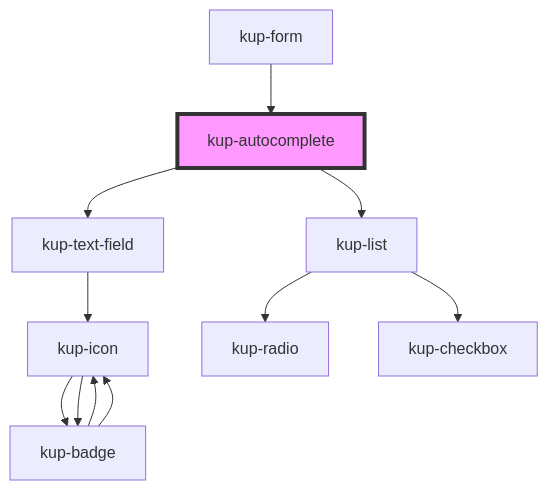
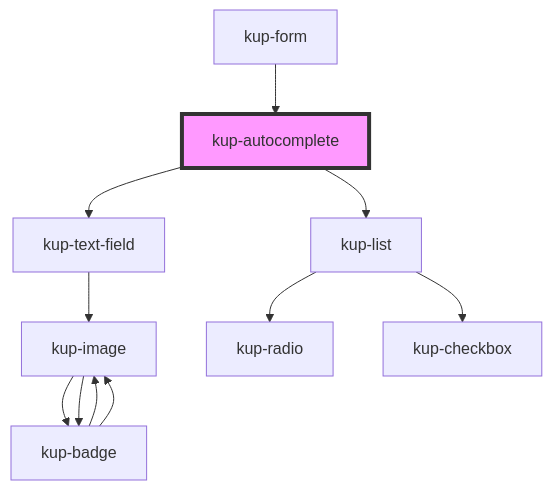
The diagram in packages/ketchup/src/components/kup-autocomplete/readme.md (smeup/ketchup), drawn with Mermaid before and after one commit. The commit also changed 58 other files, not shown here.

Commit message:
Renamed kup-icon to kup-image.

````diff
--- a/packages/ketchup/src/components/kup-autocomplete/readme.md
+++ b/packages/ketchup/src/components/kup-autocomplete/readme.md
@@ -47,14 +47,14 @@
 ```mermaid
 graph TD;
   kup-autocomplete --> kup-text-field
   kup-autocomplete --> kup-list
-  kup-text-field --> kup-icon
-  kup-icon --> kup-badge
-  kup-icon --> kup-badge
-  kup-badge --> kup-icon
-  kup-badge --> kup-icon
+  kup-text-field --> kup-image
+  kup-image --> kup-badge
+  kup-image --> kup-badge
+  kup-badge --> kup-image
+  kup-badge --> kup-image
   kup-list --> kup-radio
   kup-list --> kup-checkbox
   kup-form --> kup-autocomplete
   style kup-autocomplete fill:#f9f,stroke:#333,stroke-width:4px
 ```
````
